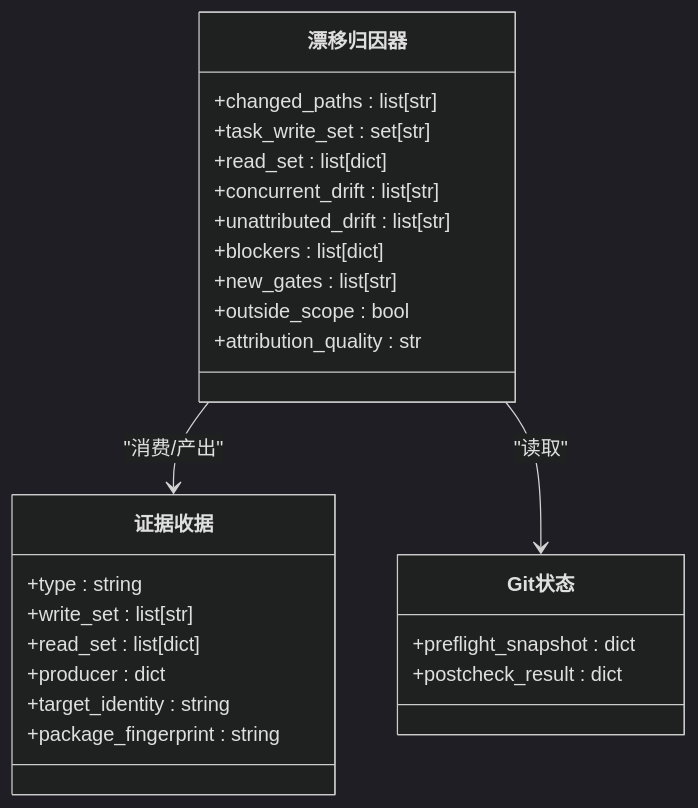
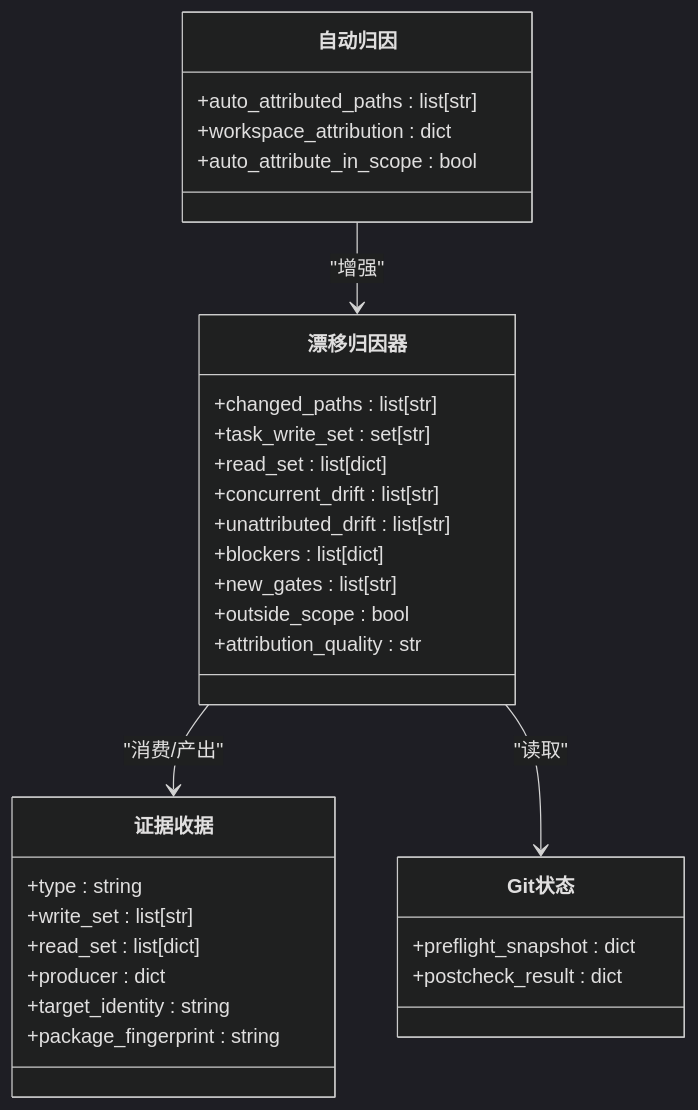
Before and after one commit to HackSing/docs-harness: the fourth of 7 diagrams in .qoder/repowiki/zh/content/证据系统/自动归因功能.md, drawn with Mermaid (dark theme). The commit also changed other lines of this file and 40 other files, not shown here.

````diff
--- a/.qoder/repowiki/zh/content/证据系统/自动归因功能.md
+++ b/.qoder/repowiki/zh/content/证据系统/自动归因功能.md
@@ -154,28 +184,34 @@
 ```mermaid
 classDiagram
 class 漂移归因器 {
 +changed_paths : list[str]
 +task_write_set : set[str]
 +read_set : list[dict]
 +concurrent_drift : list[str]
 +unattributed_drift : list[str]
 +blockers : list[dict]
 +new_gates : list[str]
 +outside_scope : bool
 +attribution_quality : str
 }
 class 证据收据 {
 +type : string
 +write_set : list[str]
 +read_set : list[dict]
 +producer : dict
 +target_identity : string
 +package_fingerprint : string
 }
 class Git状态 {
 +preflight_snapshot : dict
 +postcheck_result : dict
 }
+class 自动归因 {
++auto_attributed_paths : list[str]
++workspace_attribution : dict
++auto_attribute_in_scope : bool
+}
 漂移归因器 --> 证据收据 : "消费/产出"
 漂移归因器 --> Git状态 : "读取"
+自动归因 --> 漂移归因器 : "增强"
 ```
````
